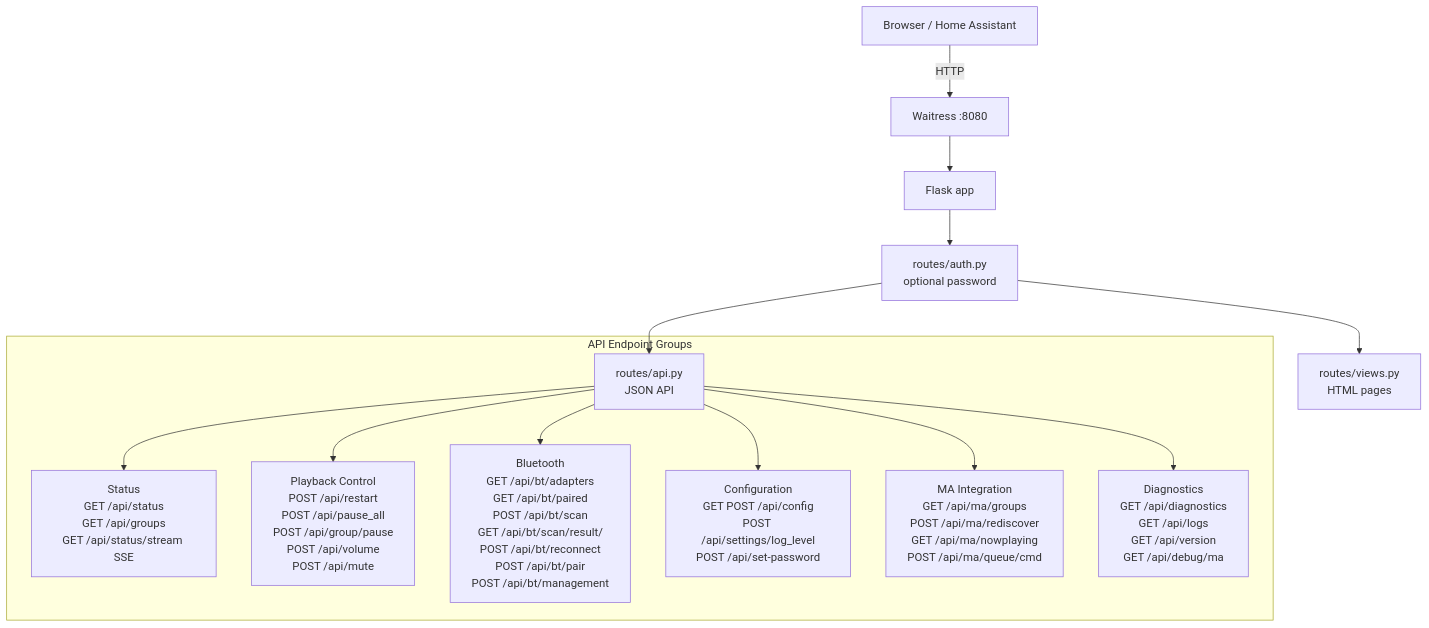
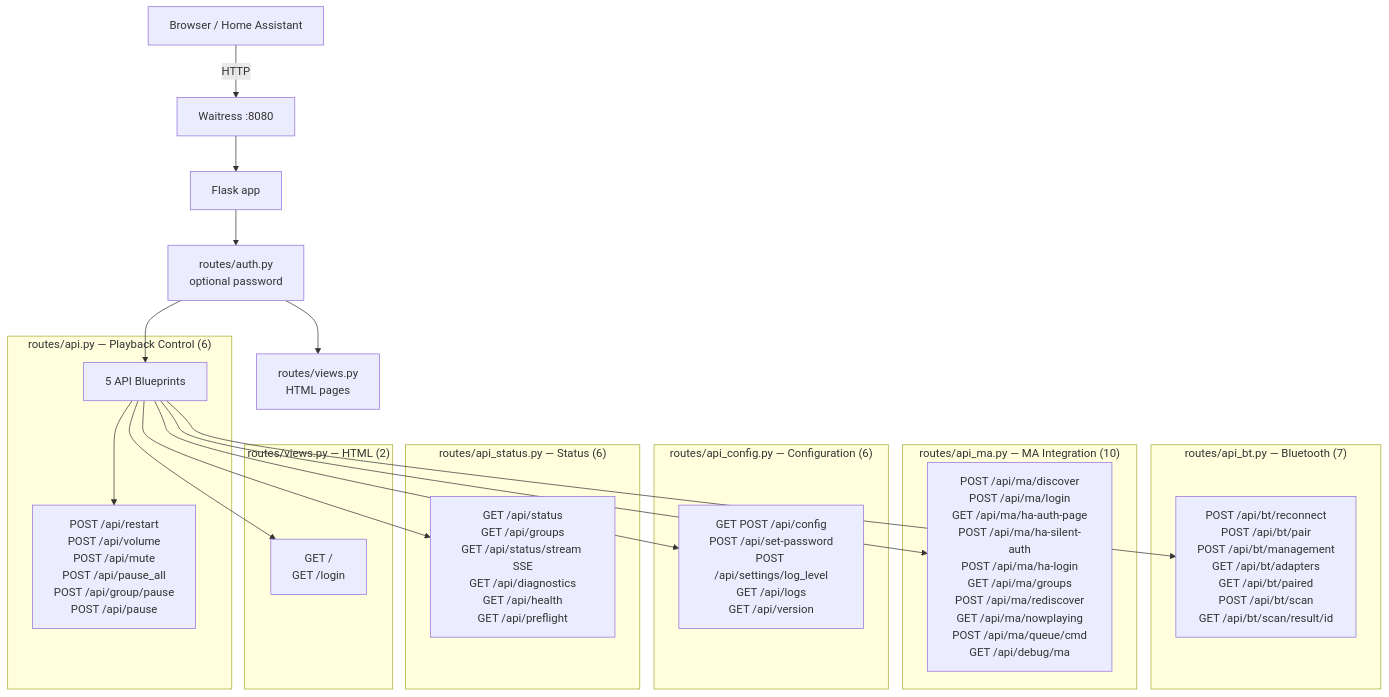
One commit to trudenboy/sendspin-bt-bridge changed diagram 12 of 21 in docs-site/src/content/docs/architecture.md. Above: the diagram before and after it, drawn with Mermaid. The commit also changed other lines of this file and 1 other file, not shown here.

Commit message:
docs: update architecture.md for v2.22.2
- Add 5-module API route structure (37 endpoints) to component map and diagrams
- Document MUTE_VIA_MA independent mute routing
- Add SSE batching (100ms debounce) and 2KB Ingress padding notes
- Add MA auth providers table (direct, HA OAuth, HA creds, silent)
- Mirror all changes in Russian translation

````diff
--- a/docs-site/src/content/docs/architecture.md
+++ b/docs-site/src/content/docs/architecture.md
@@ -484,17 +503,32 @@
 ```mermaid
 graph TD
     CLIENT[Browser / Home Assistant] -->|HTTP| WAITRESS[Waitress :8080]
     WAITRESS --> FLASK[Flask app]
     FLASK --> AUTH[routes/auth.py<br/>optional password]
     AUTH --> VIEW[routes/views.py<br/>HTML pages]
-    AUTH --> API[routes/api.py<br/>JSON API]
+    AUTH --> API_MOD[5 API Blueprints]
 
-    subgraph "API Endpoint Groups"
-        API --> STATUS[Status<br/>GET /api/status<br/>GET /api/groups<br/>GET /api/status/stream SSE]
-        API --> CTRL[Playback Control<br/>POST /api/restart<br/>POST /api/pause_all<br/>POST /api/group/pause<br/>POST /api/volume<br/>POST /api/mute]
-        API --> BT[Bluetooth<br/>GET /api/bt/adapters<br/>GET /api/bt/paired<br/>POST /api/bt/scan<br/>GET /api/bt/scan/result/<id><br/>POST /api/bt/reconnect<br/>POST /api/bt/pair<br/>POST /api/bt/management]
-        API --> CFG[Configuration<br/>GET POST /api/config<br/>POST /api/settings/log_level<br/>POST /api/set-password]
-        API --> MAAPI[MA Integration<br/>GET /api/ma/groups<br/>POST /api/ma/rediscover<br/>GET /api/ma/nowplaying<br/>POST /api/ma/queue/cmd]
-        API --> DIAG[Diagnostics<br/>GET /api/diagnostics<br/>GET /api/logs<br/>GET /api/version<br/>GET /api/debug/ma]
+    subgraph "routes/api.py — Playback Control (6)"
+        API_MOD --> CTRL[POST /api/restart<br/>POST /api/volume<br/>POST /api/mute<br/>POST /api/pause_all<br/>POST /api/group/pause<br/>POST /api/pause]
+    end
+
+    subgraph "routes/api_bt.py — Bluetooth (7)"
+        API_MOD --> BT[POST /api/bt/reconnect<br/>POST /api/bt/pair<br/>POST /api/bt/management<br/>GET /api/bt/adapters<br/>GET /api/bt/paired<br/>POST /api/bt/scan<br/>GET /api/bt/scan/result/id]
+    end
+
+    subgraph "routes/api_ma.py — MA Integration (10)"
+        API_MOD --> MAAPI[POST /api/ma/discover<br/>POST /api/ma/login<br/>GET /api/ma/ha-auth-page<br/>POST /api/ma/ha-silent-auth<br/>POST /api/ma/ha-login<br/>GET /api/ma/groups<br/>POST /api/ma/rediscover<br/>GET /api/ma/nowplaying<br/>POST /api/ma/queue/cmd<br/>GET /api/debug/ma]
+    end
+
+    subgraph "routes/api_config.py — Configuration (6)"
+        API_MOD --> CFG[GET POST /api/config<br/>POST /api/set-password<br/>POST /api/settings/log_level<br/>GET /api/logs<br/>GET /api/version]
+    end
+
+    subgraph "routes/api_status.py — Status (6)"
+        API_MOD --> STATUS[GET /api/status<br/>GET /api/groups<br/>GET /api/status/stream SSE<br/>GET /api/diagnostics<br/>GET /api/health<br/>GET /api/preflight]
+    end
+
+    subgraph "routes/views.py — HTML (2)"
+        API_MOD --> VIEWS[GET /<br/>GET /login]
     end
 ```
````
